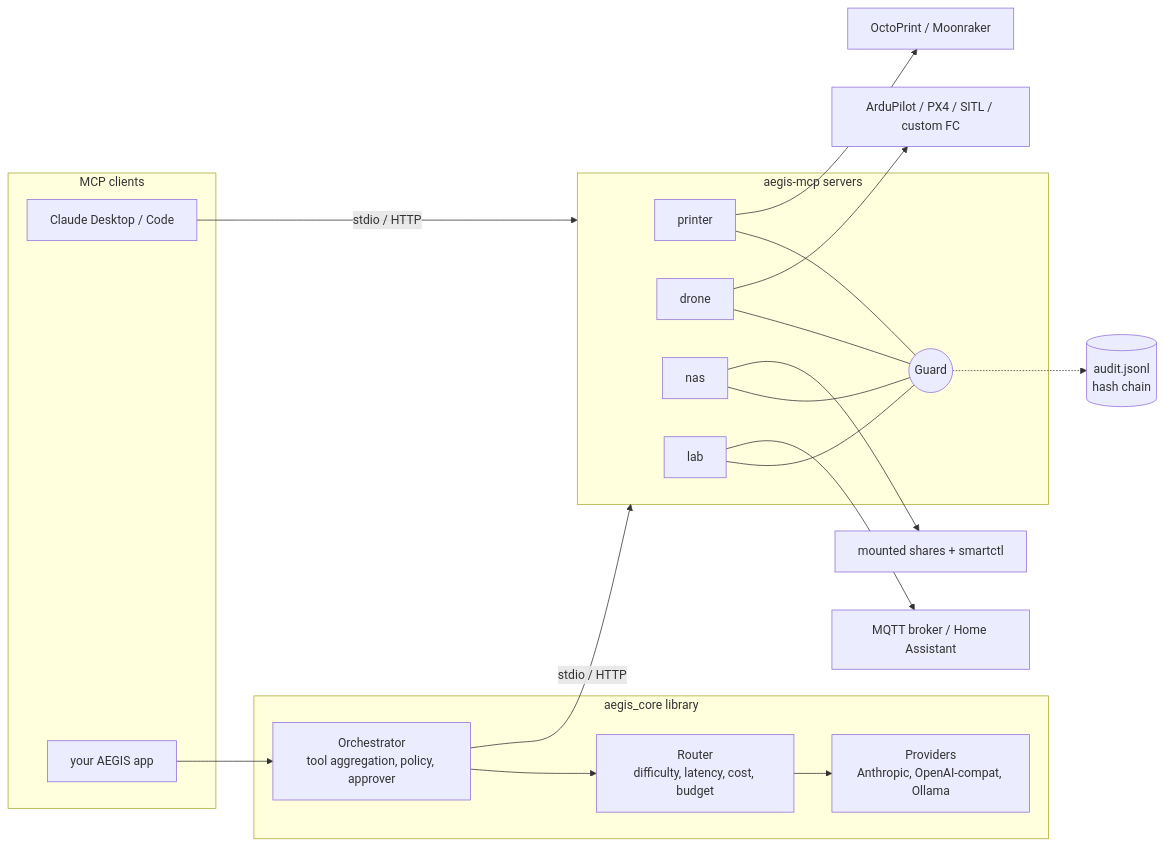
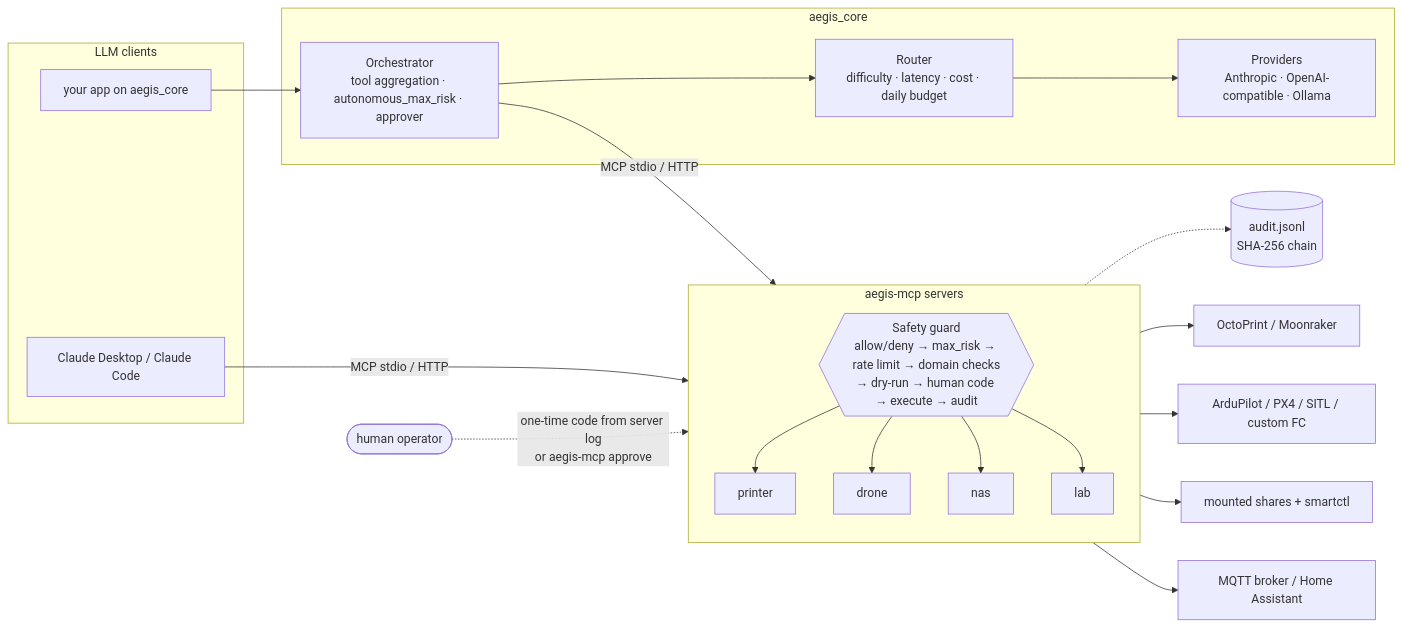
The first of 2 diagrams in README.md (coopersimpson101-debug/aegis-mcp), drawn with Mermaid before and after one commit. The commit also changed other lines of this file and 17 other files, not shown here.

````diff
--- a/README.md
+++ b/README.md
@@ -35,27 +158,31 @@
 ```mermaid
 flowchart LR
-  subgraph clients[MCP clients]
-    CD[Claude Desktop / Code]
-    AE[your AEGIS app]
+  subgraph clients["LLM clients"]
+    CD["Claude Desktop / Claude Code"]
+    AE["your app on aegis_core"]
   end
-  subgraph core[aegis_core library]
-    OR[Orchestrator<br/>tool aggregation, policy, approver]
-    RT[Router<br/>difficulty, latency, cost, budget]
-    PV[Providers<br/>Anthropic, OpenAI-compat, Ollama]
+  subgraph core["aegis_core"]
+    OR["Orchestrator<br/>tool aggregation · autonomous_max_risk · approver"]
+    RT["Router<br/>difficulty · latency · cost · daily budget"]
+    PV["Providers<br/>Anthropic · OpenAI-compatible · Ollama"]
     OR --> RT --> PV
   end
   AE --> OR
-  subgraph servers[aegis-mcp servers]
-    P[printer] --- G((Guard))
-    D[drone] --- G
-    N[nas] --- G
-    L[lab] --- G
+  subgraph servers["aegis-mcp servers"]
+    direction TB
+    G{{"Safety guard<br/>allow/deny → max_risk → rate limit → domain checks<br/>→ dry-run → human code → execute → audit"}}
+    P["printer"]
+    D["drone"]
+    N["nas"]
+    L["lab"]
+    G --> P & D & N & L
   end
-  CD -- stdio / HTTP --> servers
-  OR -- stdio / HTTP --> servers
-  P --> OP[OctoPrint / Moonraker]
-  D --> FC[ArduPilot / PX4 / SITL / custom FC]
-  N --> FS[mounted shares + smartctl]
-  L --> MQ[MQTT broker / Home Assistant]
-  G -.-> AU[(audit.jsonl<br/>hash chain)]
+  CD -- "MCP stdio / HTTP" --> G
+  OR -- "MCP stdio / HTTP" --> G
+  H(["human operator"]) -. "one-time code from server log<br/>or aegis-mcp approve" .-> G
+  G -.-> AU[("audit.jsonl<br/>SHA-256 chain")]
+  P --> OP["OctoPrint / Moonraker"]
+  D --> FC["ArduPilot / PX4 / SITL / custom FC"]
+  N --> FS["mounted shares + smartctl"]
+  L --> MQ["MQTT broker / Home Assistant"]
 ```
````
